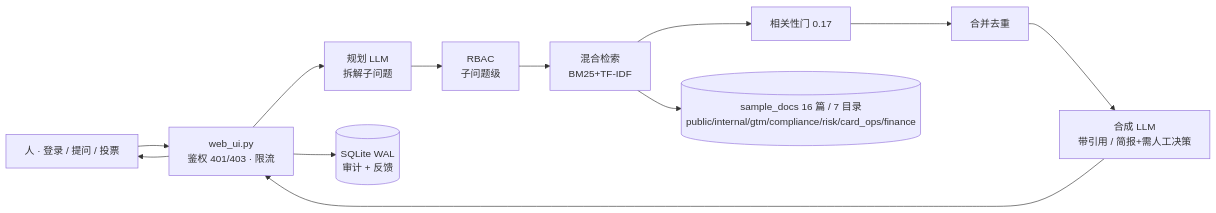
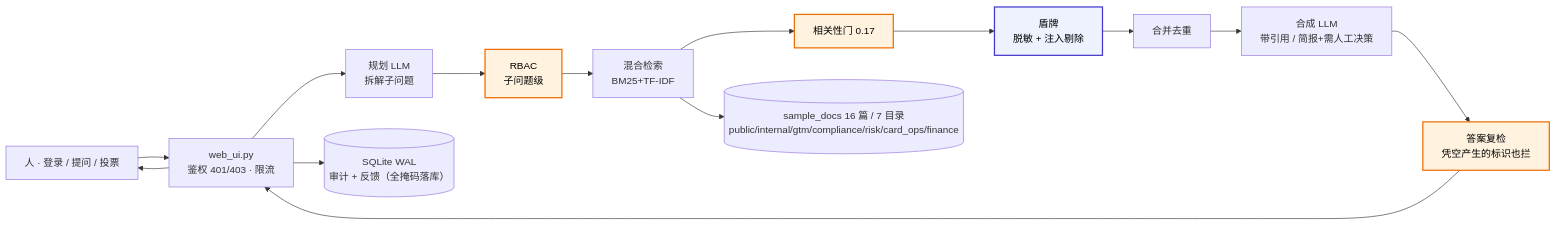
The diagram in README.md (summersalt827/meridian-pay-kb), drawn with Mermaid before and after one commit. The commit also changed other lines of this file and 7 other files, not shown here.

````diff
--- a/README.md
+++ b/README.md
@@ -61,7 +78,12 @@
 ```mermaid
 flowchart LR
   H["人 · 登录 / 提问 / 投票"] --> API["web_ui.py<br/>鉴权 401/403 · 限流"]
-  API --> PLAN["规划 LLM<br/>拆解子问题"] --> RBAC["RBAC<br/>子问题级"] --> RET["混合检索<br/>BM25+TF-IDF"] --> GATE["相关性门 0.17"] --> MERGE["合并去重"] --> SYNTH["合成 LLM<br/>带引用 / 简报+需人工决策"] --> API --> H
+  API --> PLAN["规划 LLM<br/>拆解子问题"] --> RBAC["RBAC<br/>子问题级"] --> RET["混合检索<br/>BM25+TF-IDF"] --> GATE["相关性门 0.17"] --> SHIELD["盾牌<br/>脱敏 + 注入剔除"] --> MERGE["合并去重"] --> SYNTH["合成 LLM<br/>带引用 / 简报+需人工决策"] --> RECHK["答案复检<br/>凭空产生的标识也拦"] --> API --> H
   RET --> DOCS[("sample_docs 16 篇 / 7 目录<br/>public/internal/gtm/compliance/risk/card_ops/finance")]
-  API --> DB[("SQLite WAL<br/>审计 + 反馈")]
+  API --> DB[("SQLite WAL<br/>审计 + 反馈（全掩码落库）")]
+
+  classDef gate fill:#fff3e0,stroke:#ef6c00,stroke-width:2px,color:#000
+  classDef shield fill:#eef2ff,stroke:#4338ca,stroke-width:2px,color:#000
+  class RBAC,GATE,RECHK gate
+  class SHIELD shield
 ```
````
